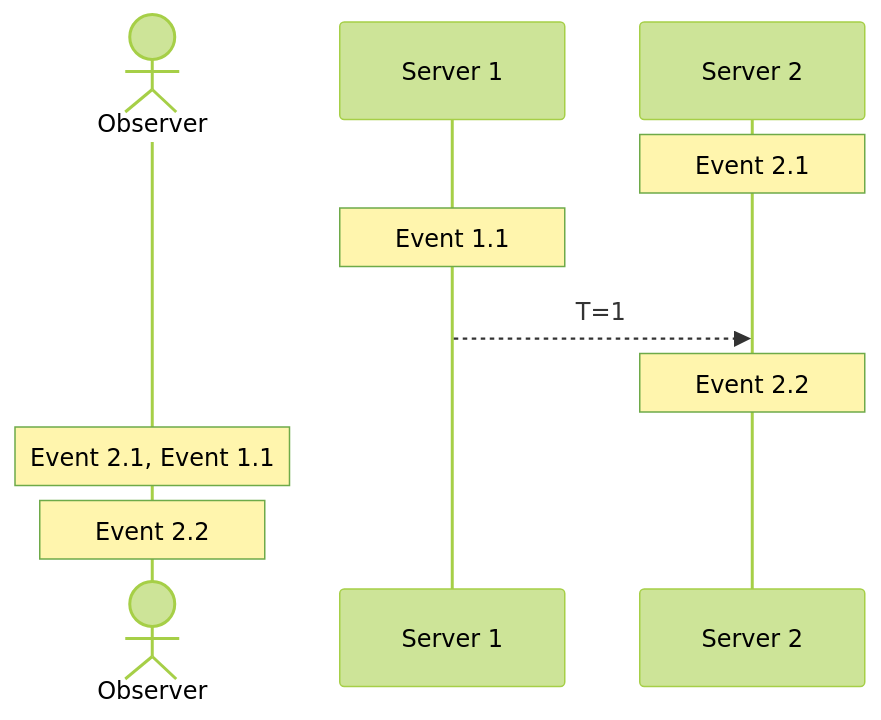
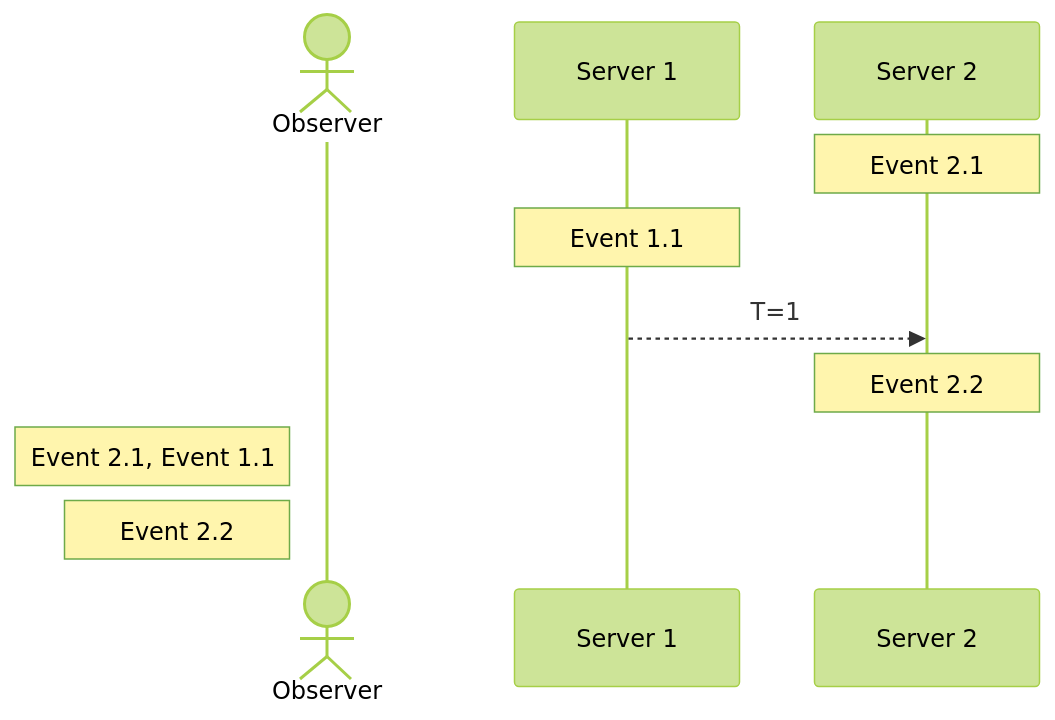
One commit to ashrafuzzaman/ashrafuzzaman.github.io changed the third of 5 diagrams in src/content/slides/distributed-system-101.md. Above: the diagram before and after it, drawn with Mermaid (forest theme). The commit also changed other lines of this file and 3 other files, not shown here.

````diff
--- a/src/content/slides/distributed-system-101.md
+++ b/src/content/slides/distributed-system-101.md
@@ -51,15 +51,15 @@
 ```mermaid
 sequenceDiagram
   actor Observer
   participant Server 1
   participant Server 2
 
   Note over Server 2 : Event 2.1
   Note over Server 1 : Event 1.1
   Server 1 -->> Server 2 : T=1
   Note over Server 2 : Event 2.2
 
-  Note over Observer : Event 2.1, Event 1.1
-  Note over Observer : Event 2.2
+  Note left of Observer : Event 2.1, Event 1.1
+  Note left of Observer : Event 2.2
 
 ```
````
